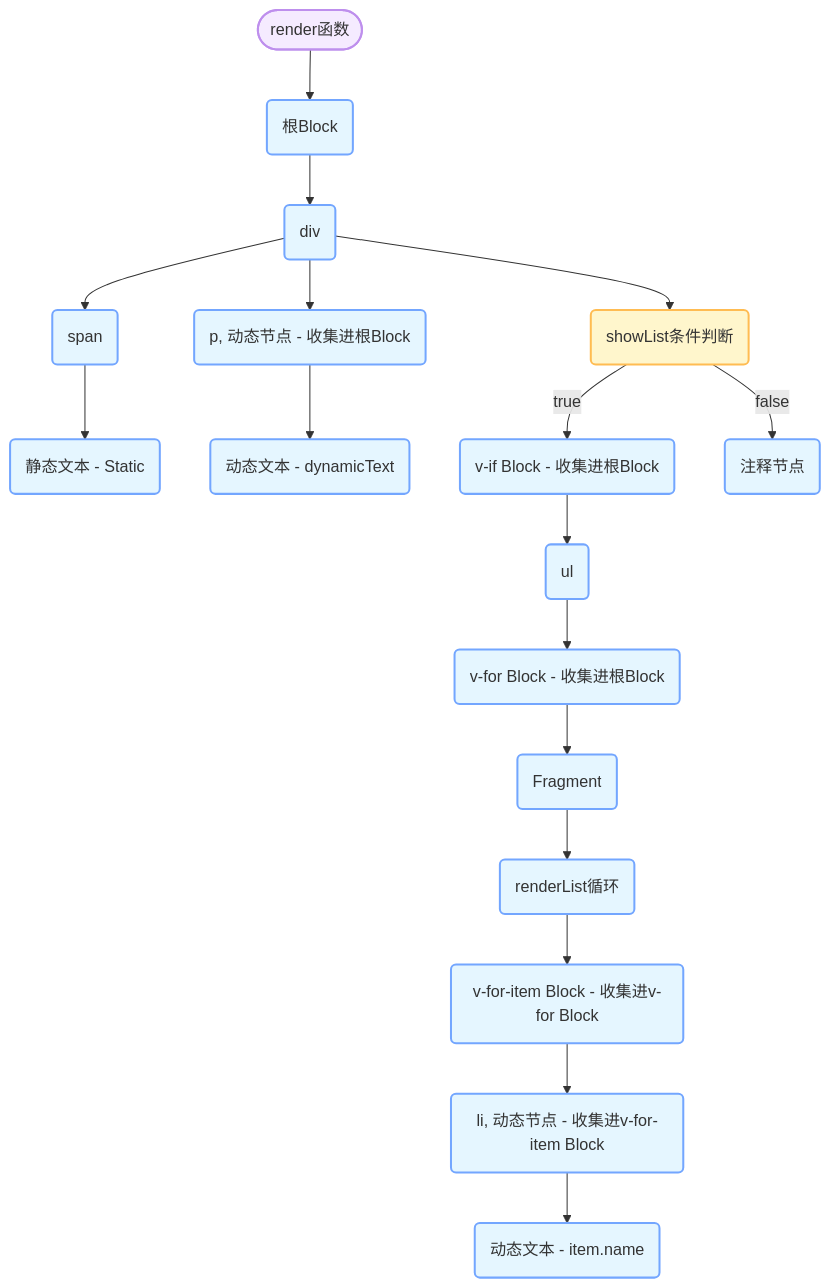
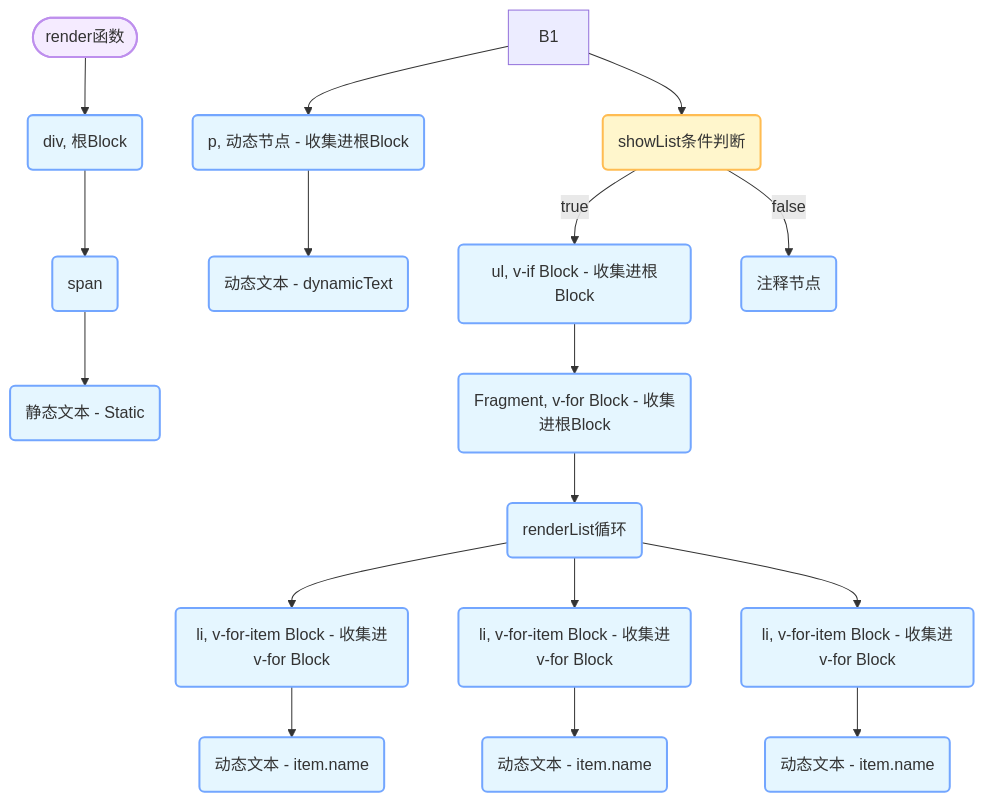
The diagram in JavaScript/Vue3动态节点靶向更新(Block Tree)详解.md (LaiTaoGDUT/webNote), drawn with Mermaid before and after one commit.

Commit message:
同步笔记

````diff
--- a/JavaScript/Vue3动态节点靶向更新(Block Tree)详解.md
+++ b/JavaScript/Vue3动态节点靶向更新(Block Tree)详解.md
@@ -82,23 +82,23 @@
 ```mermaid
 graph TD
     classDef startend fill:#F5EBFF,stroke:#BE8FED,stroke-width:2px
     classDef process fill:#E5F6FF,stroke:#73A6FF,stroke-width:2px
     classDef decision fill:#FFF6CC,stroke:#FFBC52,stroke-width:2px
     
-    A([render函数]):::startend --> B(根Block):::process
-    B --> B1(div):::process
-    B1 --> C(span):::process
+    A([render函数]):::startend --> B(div, 根Block):::process
+    B --> C(span):::process
     C --> C1(静态文本 - Static):::process
     B1 --> D(p, 动态节点 - 收集进根Block):::process
     D --> D1(动态文本 - dynamicText):::process
     B1 --> E(showList条件判断):::decision
-    E -->|true| F(v-if Block - 收集进根Block):::process
-    F --> F1(ul):::process
-    F1 --> G(v-for Block - 收集进根Block):::process
-    G --> G1(Fragment):::process
-    G1 --> H(renderList循环):::process
-    H --> I(v-for-item Block - 收集进v-for Block):::process
-    I --> I1(li, 动态节点 - 收集进v-for-item Block):::process
-    I1 --> I2(动态文本 - item.name):::process
+    E -->|true| F(ul, v-if Block - 收集进根Block):::process
+    F --> G(Fragment, v-for Block - 收集进根Block):::process
+    G --> H(renderList循环):::process
+    H --> I1(li, v-for-item Block - 收集进v-for Block):::process
+    I1 --> I12(动态文本 - item.name):::process
+    H --> I2(li, v-for-item Block - 收集进v-for Block):::process
+    I2 --> I22(动态文本 - item.name):::process
+    H --> I3(li, v-for-item Block - 收集进v-for Block):::process
+    I3 --> I32(动态文本 - item.name):::process
     E -->|false| J(注释节点):::process 
 ```
````
